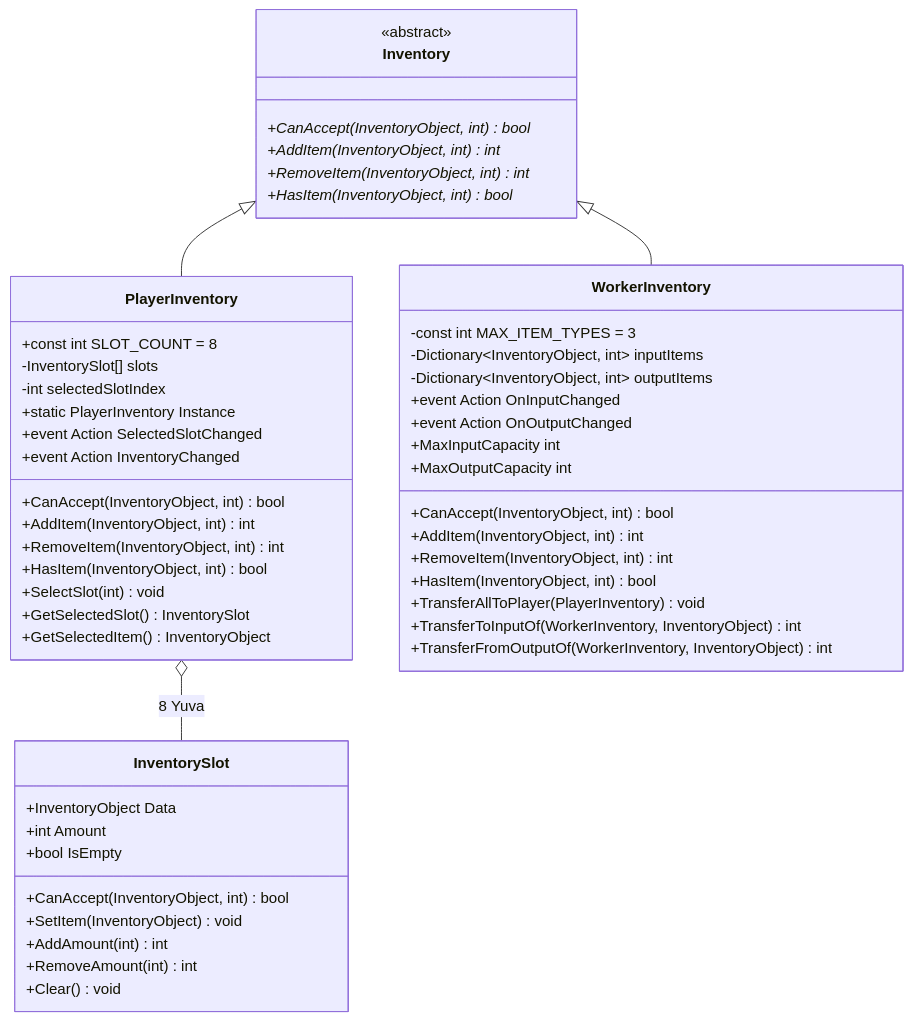
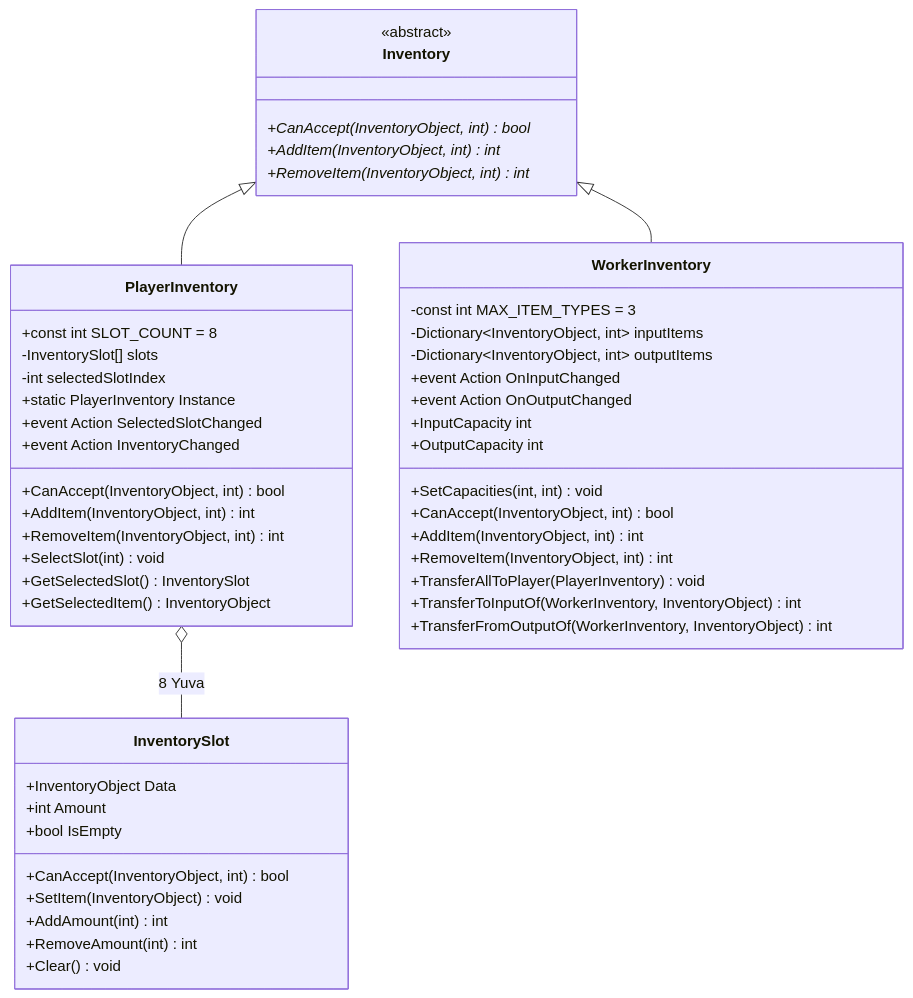
One commit to omerbartug/unity-mining-game changed the first of 2 diagrams in Assets/Documentation/Inventory.md. Above: the diagram before and after it, drawn with Mermaid. The commit also changed other lines of this file and 33 other files, not shown here.

````diff
--- a/Assets/Documentation/Inventory.md
+++ b/Assets/Documentation/Inventory.md
@@ -11,58 +11,56 @@
 ```mermaid
 classDiagram
     class Inventory {
         <<abstract>>
         +CanAccept(InventoryObject, int) bool*
         +AddItem(InventoryObject, int) int*
         +RemoveItem(InventoryObject, int) int*
-        +HasItem(InventoryObject, int) bool*
     }
 
     class PlayerInventory {
         +const int SLOT_COUNT = 8
         -InventorySlot[] slots
         -int selectedSlotIndex
         +static PlayerInventory Instance
         +event Action SelectedSlotChanged
         +event Action InventoryChanged
         +CanAccept(InventoryObject, int) bool
         +AddItem(InventoryObject, int) int
         +RemoveItem(InventoryObject, int) int
-        +HasItem(InventoryObject, int) bool
         +SelectSlot(int) void
         +GetSelectedSlot() InventorySlot
         +GetSelectedItem() InventoryObject
     }
 
     class WorkerInventory {
         -const int MAX_ITEM_TYPES = 3
         -Dictionary~InventoryObject, int~ inputItems
         -Dictionary~InventoryObject, int~ outputItems
         +event Action OnInputChanged
         +event Action OnOutputChanged
-        +MaxInputCapacity int
-        +MaxOutputCapacity int
+        +InputCapacity int
+        +OutputCapacity int
+        +SetCapacities(int, int) void
         +CanAccept(InventoryObject, int) bool
         +AddItem(InventoryObject, int) int
         +RemoveItem(InventoryObject, int) int
-        +HasItem(InventoryObject, int) bool
         +TransferAllToPlayer(PlayerInventory) void
         +TransferToInputOf(WorkerInventory, InventoryObject) int
         +TransferFromOutputOf(WorkerInventory, InventoryObject) int
     }
 
     class InventorySlot {
         +InventoryObject Data
         +int Amount
         +bool IsEmpty
         +CanAccept(InventoryObject, int) bool
         +SetItem(InventoryObject) void
         +AddAmount(int) int
         +RemoveAmount(int) int
         +Clear() void
     }
 
     Inventory <|-- PlayerInventory
     Inventory <|-- WorkerInventory
     PlayerInventory o-- InventorySlot : 8 Yuva
 ```
````
